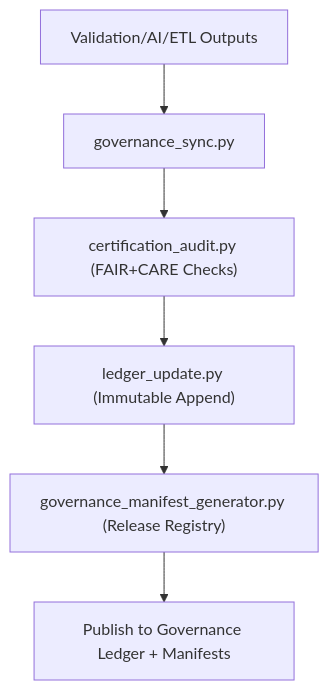
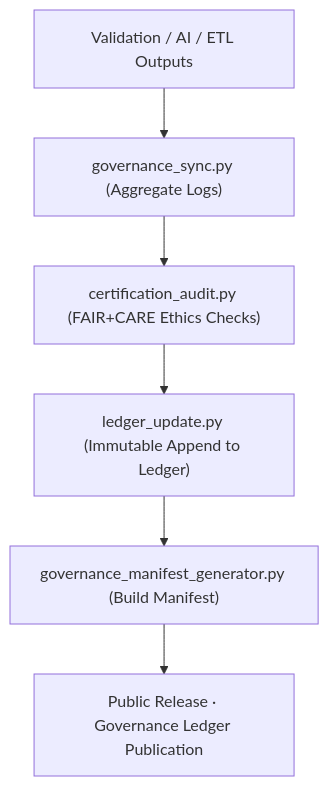
One commit to bartytime4life/Kansas-Frontier-Matrix changed the diagram in tools/governance/README.md. Above: the diagram before and after it, drawn with Mermaid. The commit also changed other lines of this file, not shown here.

````diff
--- a/tools/governance/README.md
+++ b/tools/governance/README.md
@@ -60,8 +60,8 @@
 ```mermaid
 flowchart TD
-A["Validation/AI/ETL Outputs"] --> B["governance_sync.py"]
-B --> C["certification_audit.py (FAIR+CARE Checks)"]
-C --> D["ledger_update.py (Immutable Append)"]
-D --> E["governance_manifest_generator.py (Release Registry)"]
-E --> F["Publish to Governance Ledger + Manifests"]
+    A["Validation / AI / ETL Outputs"] --> B["governance_sync.py (Aggregate Logs)"]
+    B --> C["certification_audit.py (FAIR+CARE Ethics Checks)"]
+    C --> D["ledger_update.py (Immutable Append to Ledger)"]
+    D --> E["governance_manifest_generator.py (Build Manifest)"]
+    E --> F["Public Release · Governance Ledger Publication"]
 ```
````
